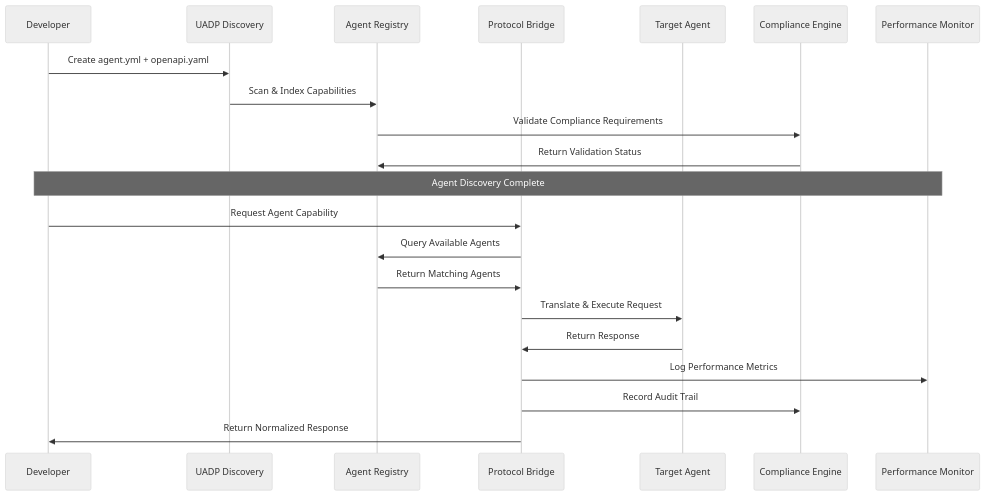
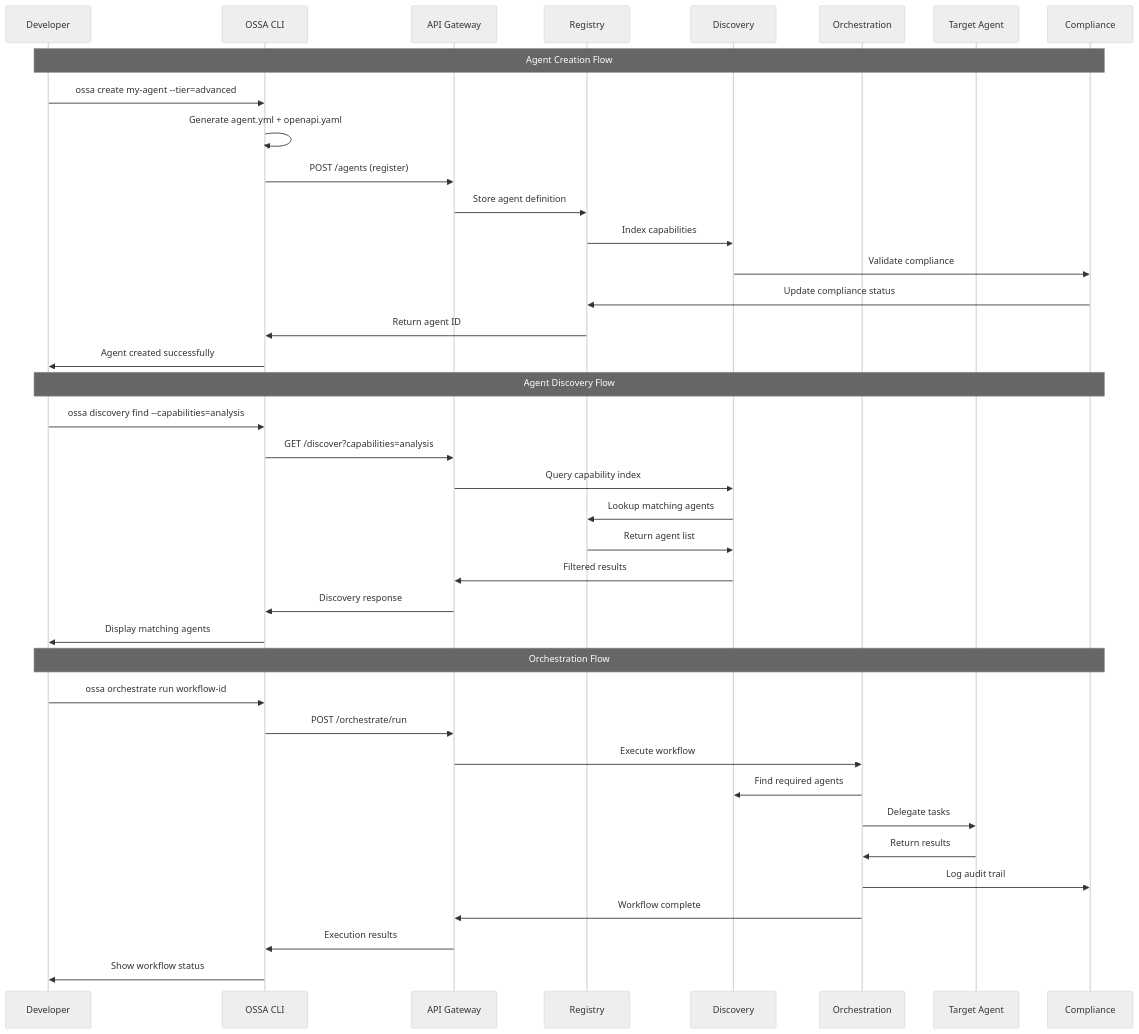
The second of 2 diagrams in docs/overview/architecture.md (blueflyio/openstandardagents), drawn with Mermaid (neutral theme) before and after one commit. The commit also changed other lines of this file and 454 other files, not shown here.

First line of the commit message:
feat: Complete OSSA v0.1.8 implementation with 40-agent parallel development

````diff
--- a/docs/overview/architecture.md
+++ b/docs/overview/architecture.md
@@ -80,26 +270,44 @@
 ```mermaid
 sequenceDiagram
     participant Dev as Developer
-    participant UADP as UADP Discovery
-    participant Registry as Agent Registry
-    participant Bridge as Protocol Bridge
-    participant Agent as Target Agent
-    participant Compliance as Compliance Engine
-    participant Monitor as Performance Monitor
+    participant CLI as OSSA CLI
+    participant GW as API Gateway
+    participant REG as Registry
+    participant DISC as Discovery
+    participant ORCH as Orchestration
+    participant AGENT as Target Agent
+    participant COMP as Compliance
     
-    Dev->>UADP: Create agent.yml + openapi.yaml
-    UADP->>Registry: Scan & Index Capabilities
-    Registry->>Compliance: Validate Compliance Requirements
-    Compliance->>Registry: Return Validation Status
+    Note over Dev,COMP: Agent Creation Flow
+    Dev->>CLI: ossa create my-agent --tier=advanced
+    CLI->>CLI: Generate agent.yml + openapi.yaml
+    CLI->>GW: POST /agents (register)
+    GW->>REG: Store agent definition
+    REG->>DISC: Index capabilities
+    DISC->>COMP: Validate compliance
+    COMP->>REG: Update compliance status
+    REG->>CLI: Return agent ID
+    CLI->>Dev: Agent created successfully
     
-    Note over Dev,Monitor: Agent Discovery Complete
+    Note over Dev,COMP: Agent Discovery Flow
+    Dev->>CLI: ossa discovery find --capabilities=analysis
+    CLI->>GW: GET /discover?capabilities=analysis
+    GW->>DISC: Query capability index
+    DISC->>REG: Lookup matching agents
+    REG->>DISC: Return agent list
+    DISC->>GW: Filtered results
+    GW->>CLI: Discovery response
+    CLI->>Dev: Display matching agents
     
-    Dev->>Bridge: Request Agent Capability
-    Bridge->>Registry: Query Available Agents
-    Registry->>Bridge: Return Matching Agents
-    Bridge->>Agent: Translate & Execute Request
-    Agent->>Bridge: Return Response
-    Bridge->>Monitor: Log Performance Metrics
-    Bridge->>Compliance: Record Audit Trail
-    Bridge->>Dev: Return Normalized Response
+    Note over Dev,COMP: Orchestration Flow
+    Dev->>CLI: ossa orchestrate run workflow-id
+    CLI->>GW: POST /orchestrate/run
+    GW->>ORCH: Execute workflow
+    ORCH->>DISC: Find required agents
+    ORCH->>AGENT: Delegate tasks
+    AGENT->>ORCH: Return results
+    ORCH->>COMP: Log audit trail
+    ORCH->>GW: Workflow complete
+    GW->>CLI: Execution results
+    CLI->>Dev: Show workflow status
 ```
````
